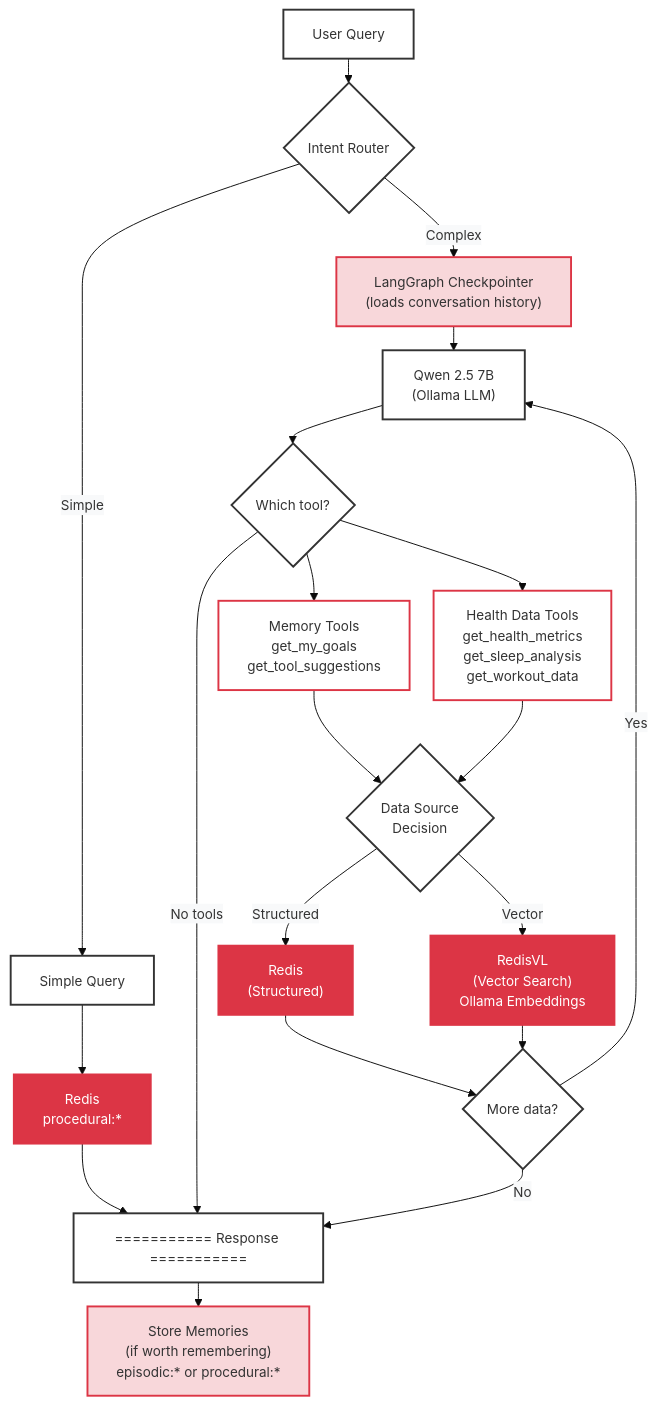
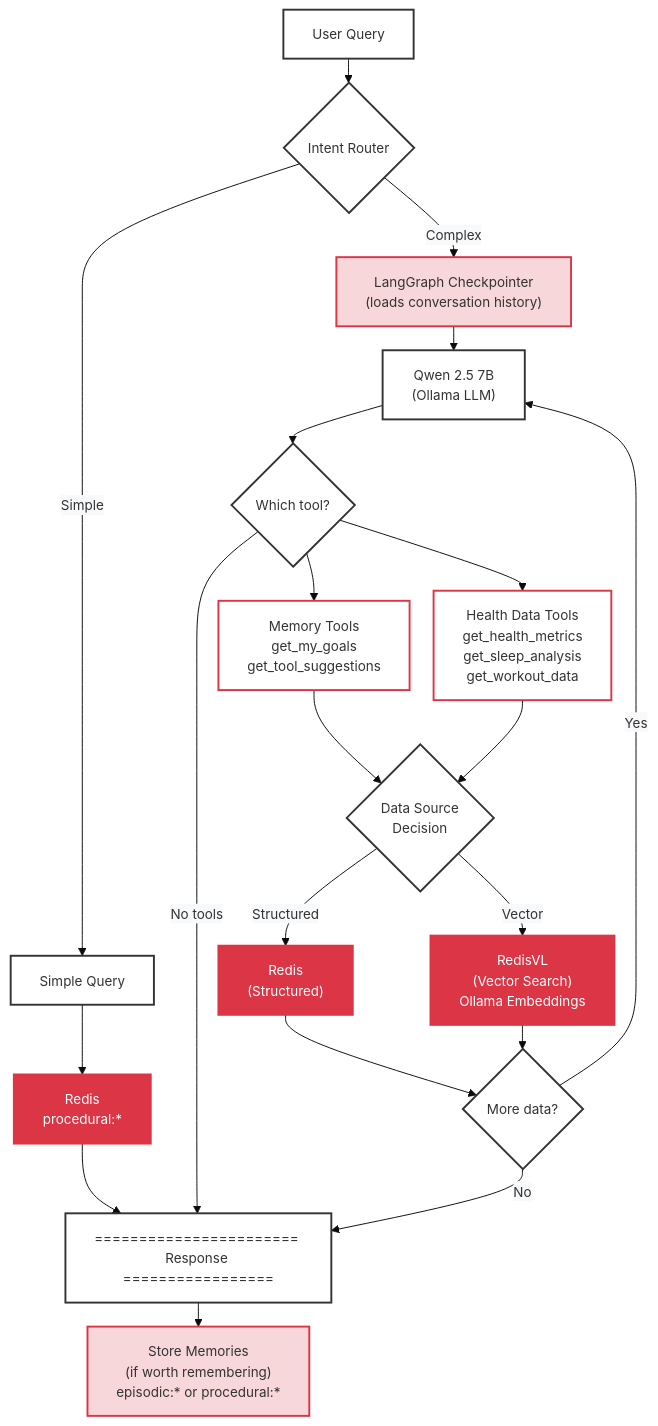
The second of 2 diagrams in docs/STATEFUL_AGENT.md (AllieRays/redis-wellness), drawn with Mermaid before and after one commit.

Commit message:
Update terminology: replace 'goal CRUD' with 'simple queries' throughout docs

````diff
--- a/docs/STATEFUL_AGENT.md
+++ b/docs/STATEFUL_AGENT.md
@@ -90,53 +90,53 @@
 ```mermaid
 %%{init: {'theme':'base', 'themeVariables': { 'fontSize':'14px', 'edgeLabelBackground':'#f8f9fa'}, 'flowchart': {'nodeSpacing': 25, 'rankSpacing': 25}}}%%
 flowchart TB
     Query["User Query"]
     Router{"Intent Router"}
     GoalOp["Simple Query"]
     GoalRedis["Redis<br/>procedural:*"]
     Memory["LangGraph Checkpointer<br/>(loads conversation history)"]
     LLM["Qwen 2.5 7B<br/>(Ollama LLM)"]
     Decision{"Which tool?"}
     MemoryTools["Memory Tools<br/>get_my_goals<br/>get_tool_suggestions"]
     HealthTools["Health Data Tools<br/>get_health_metrics<br/>get_sleep_analysis<br/>get_workout_data"]
     DataSource{"Data Source<br/>Decision"}
     RedisStructured["Redis<br/>(Structured)"]
     RedisVector["RedisVL<br/>(Vector Search)<br/>Ollama Embeddings"]
     Loop{"More data?"}
     Store["Store Memories<br/>(if worth remembering)<br/>episodic:* or procedural:*"]
-    Response["=========== Response ==========="]
+    Response["======================= Response ================="]
     Query --> Router
     Router -->|"Simple"| GoalOp
     Router -->|"Complex"| Memory
     GoalOp --> GoalRedis
     GoalRedis --> Response
     Memory --> LLM
     LLM --> Decision
     Decision --> MemoryTools
     Decision --> HealthTools
     Decision -->|No tools| Response
     MemoryTools --> DataSource
     HealthTools --> DataSource
     DataSource -->|Structured| RedisStructured
     DataSource -->|Vector| RedisVector
     RedisStructured --> Loop
     RedisVector --> Loop
     Loop -->|Yes| LLM
     Loop -->|No| Response
     Response --> Store
     style Query fill:#fff,stroke:#333,stroke-width:2px
     style Router fill:#fff,stroke:#333,stroke-width:2px
     style GoalOp fill:#fff,stroke:#333,stroke-width:2px
     style GoalRedis fill:#dc3545,stroke:#dc3545,stroke-width:2px,color:#fff
     style Memory fill:#f8d7da,stroke:#dc3545,stroke-width:2px
     style LLM fill:#fff,stroke:#333,stroke-width:2px
     style Decision fill:#fff,stroke:#333,stroke-width:2px
     style MemoryTools fill:#fff,stroke:#dc3545,stroke-width:2px
     style HealthTools fill:#fff,stroke:#dc3545,stroke-width:2px
     style DataSource fill:#fff,stroke:#333,stroke-width:2px
     style RedisStructured fill:#dc3545,stroke:#dc3545,stroke-width:2px,color:#fff
     style RedisVector fill:#dc3545,stroke:#dc3545,stroke-width:2px,color:#fff
     style Loop fill:#fff,stroke:#333,stroke-width:2px
     style Store fill:#f8d7da,stroke:#dc3545,stroke-width:2px
     style Response fill:#fff,stroke:#333,stroke-width:2px,min-width:500px
 ```
````
